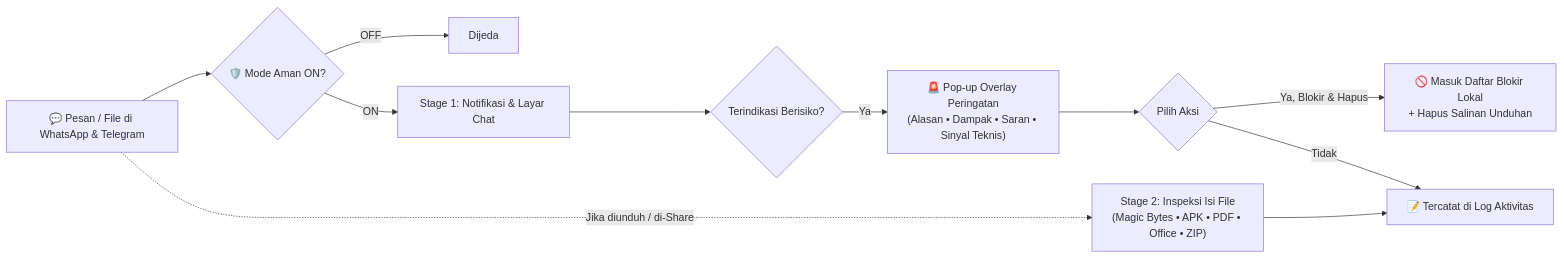
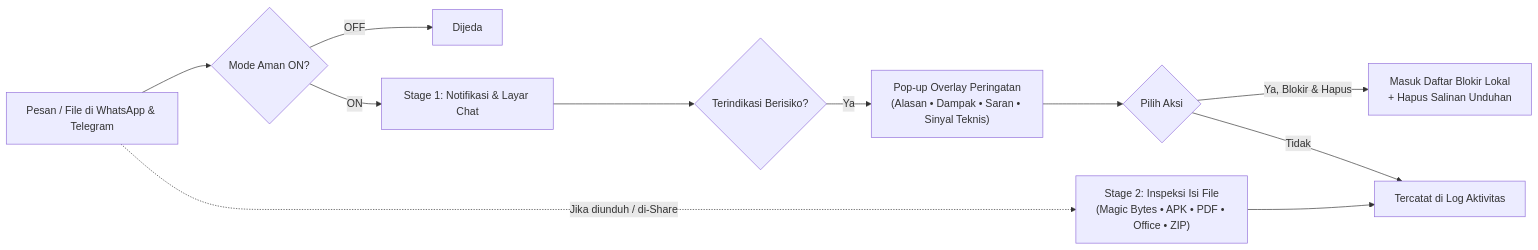
The diagram in README.md (Moses-matel/ChatGuard), drawn with Mermaid before and after one commit. The commit also changed other lines of this file and 8 other files, not shown here.

````diff
--- a/README.md
+++ b/README.md
@@ -30,13 +31,13 @@
 ```mermaid
 flowchart LR
-    A["💬 Pesan / File di WhatsApp & Telegram"] --> B{"🛡️ Mode Aman ON?"}
+    A["Pesan / File di WhatsApp & Telegram"] --> B{"Mode Aman ON?"}
     B -- "OFF" --> Z["Dijeda"]
     B -- "ON" --> C["Stage 1: Notifikasi & Layar Chat"]
     C --> D{"Terindikasi Berisiko?"}
-    D -- "Ya" --> E["🚨 Pop-up Overlay Peringatan\n(Alasan • Dampak • Saran • Sinyal Teknis)"]
+    D -- "Ya" --> E["Pop-up Overlay Peringatan\n(Alasan • Dampak • Saran • Sinyal Teknis)"]
     E --> F{"Pilih Aksi"}
-    F -- "Ya, Blokir & Hapus" --> G["🚫 Masuk Daftar Blokir Lokal\n+ Hapus Salinan Unduhan"]
-    F -- "Tidak" --> H["📝 Tercatat di Log Aktivitas"]
+    F -- "Ya, Blokir & Hapus" --> G["Masuk Daftar Blokir Lokal\n+ Hapus Salinan Unduhan"]
+    F -- "Tidak" --> H["Tercatat di Log Aktivitas"]
     A -. "Jika diunduh / di-Share" .-> I["Stage 2: Inspeksi Isi File\n(Magic Bytes • APK • PDF • Office • ZIP)"]
     I --> H
 ```
````
